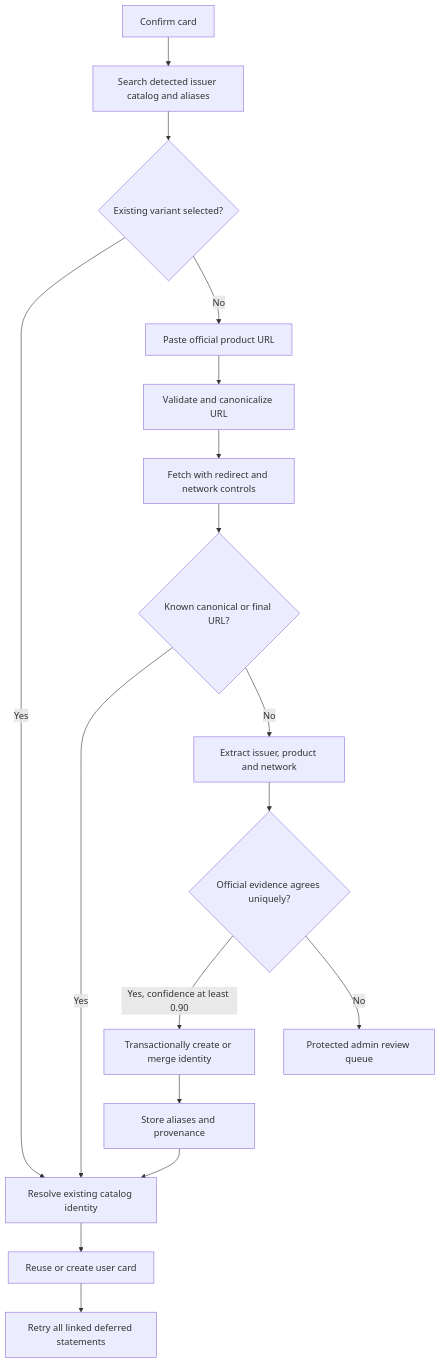
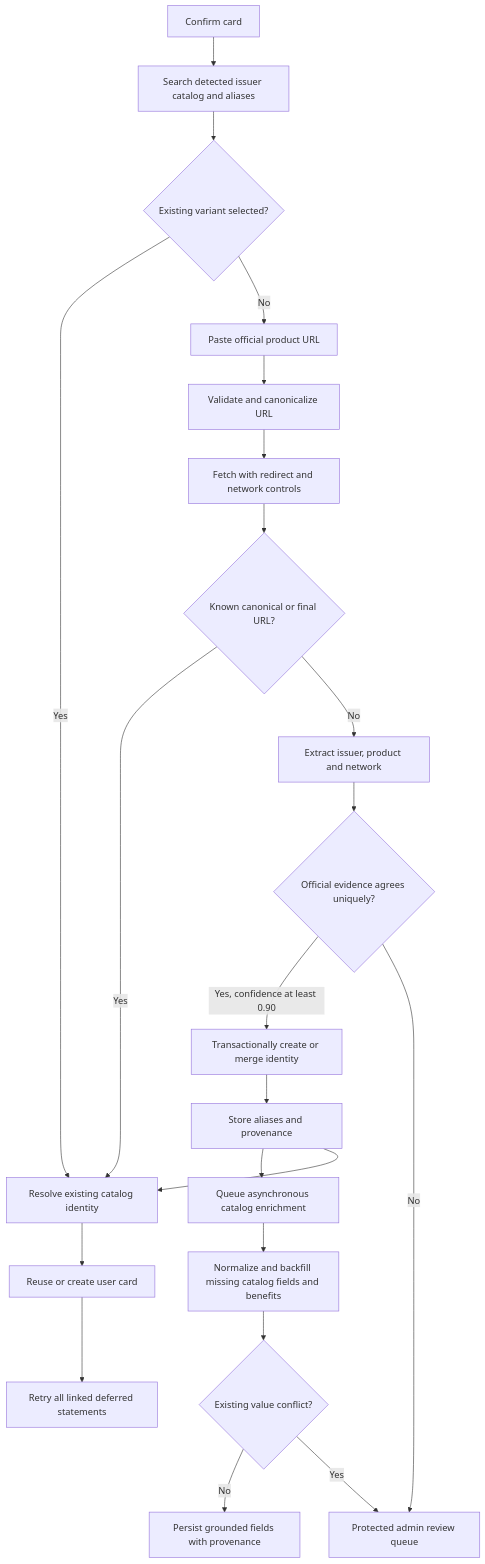
One commit to shantanuchandra/cardcompass changed the diagram in docs/superpowers/specs/2026-08-16-user-card-variant-resolution-design.md. Above: the diagram before and after it, drawn with Mermaid. The commit also changed other lines of this file and 1 other file, not shown here.

Commit message:
docs: plan card URL resolution and enrichment

````diff
--- a/docs/superpowers/specs/2026-08-16-user-card-variant-resolution-design.md
+++ b/docs/superpowers/specs/2026-08-16-user-card-variant-resolution-design.md
@@ -51,19 +51,24 @@
 ```mermaid
 flowchart TD
     A["Confirm card"] --> B["Search detected issuer catalog and aliases"]
     B --> C{"Existing variant selected?"}
     C -->|"Yes"| D["Resolve existing catalog identity"]
     C -->|"No"| E["Paste official product URL"]
     E --> F["Validate and canonicalize URL"]
     F --> G["Fetch with redirect and network controls"]
     G --> H{"Known canonical or final URL?"}
     H -->|"Yes"| D
     H -->|"No"| I["Extract issuer, product and network"]
     I --> J{"Official evidence agrees uniquely?"}
     J -->|"Yes, confidence at least 0.90"| K["Transactionally create or merge identity"]
     J -->|"No"| L["Protected admin review queue"]
     K --> M["Store aliases and provenance"]
+    M --> P["Queue asynchronous catalog enrichment"]
+    P --> Q["Normalize and backfill missing catalog fields and benefits"]
+    Q --> R{"Existing value conflict?"}
+    R -->|"No"| S["Persist grounded fields with provenance"]
+    R -->|"Yes"| L
     M --> D
     D --> N["Reuse or create user card"]
     N --> O["Retry all linked deferred statements"]
 ```
````
